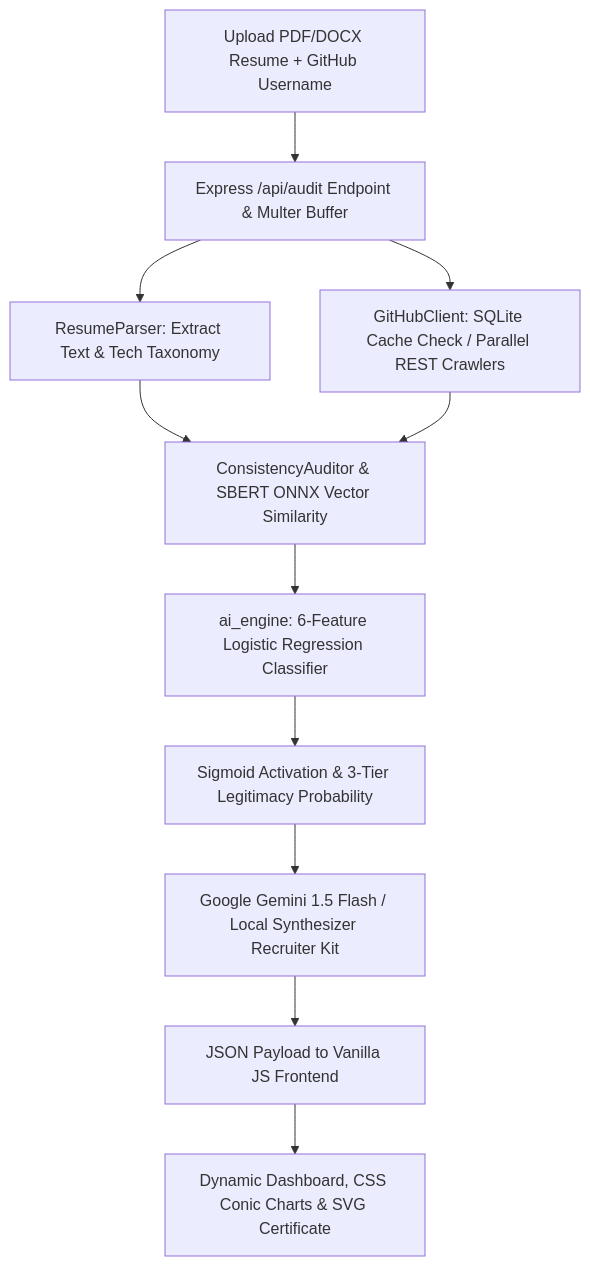
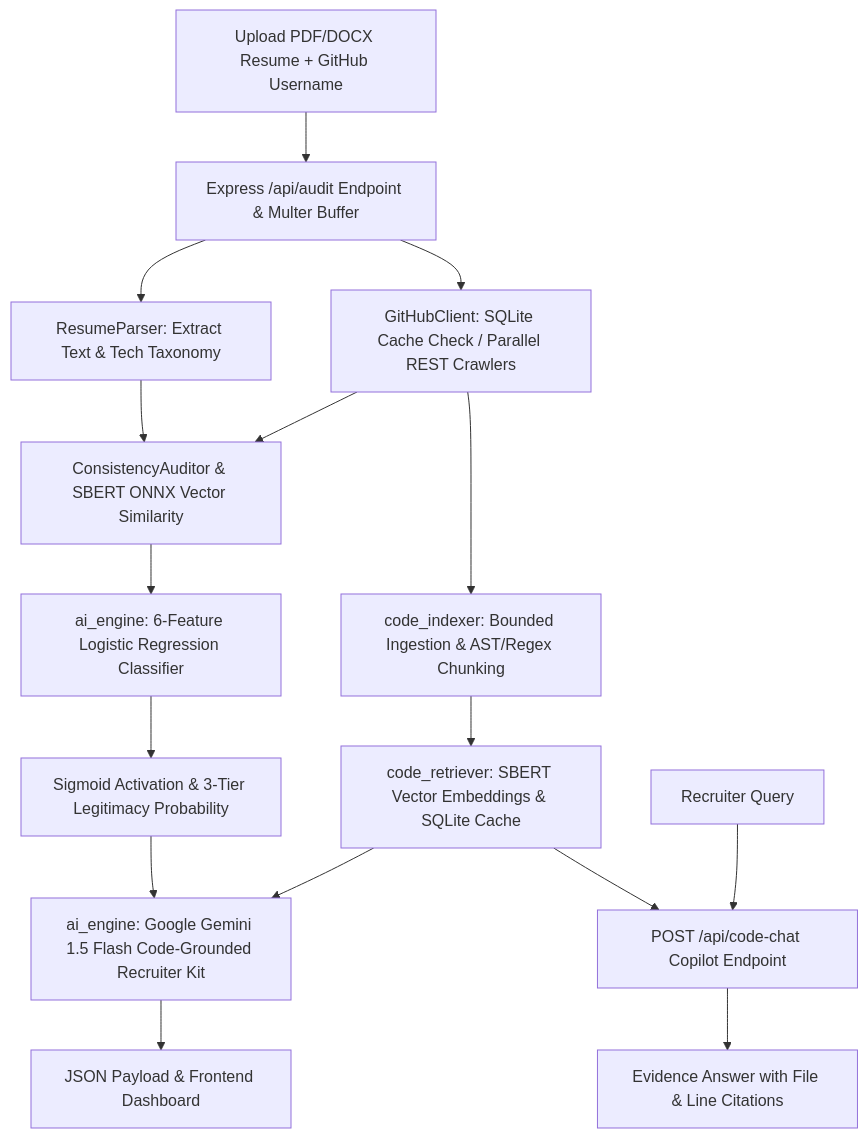
One commit to preetikaanjana/GitVeritas changed the diagram in README.md. Above: the diagram before and after it, drawn with Mermaid. The commit also changed other lines of this file and 12 other files, not shown here.

Commit message:
feat: implement Code RAG pipeline, AST chunking, and Recruiter Codebase Copilot

````diff
--- a/README.md
+++ b/README.md
@@ -38,16 +40,23 @@
 ```mermaid
 graph TD
     A[Upload PDF/DOCX Resume + GitHub Username] --> B[Express /api/audit Endpoint & Multer Buffer]
     B --> C[ResumeParser: Extract Text & Tech Taxonomy]
     B --> D[GitHubClient: SQLite Cache Check / Parallel REST Crawlers]
     
     C --> E[ConsistencyAuditor & SBERT ONNX Vector Similarity]
     D --> E
     
     E --> F[ai_engine: 6-Feature Logistic Regression Classifier]
     F --> G[Sigmoid Activation & 3-Tier Legitimacy Probability]
     
-    G --> H[Google Gemini 1.5 Flash / Local Synthesizer Recruiter Kit]
-    H --> I[JSON Payload to Vanilla JS Frontend]
-    I --> J[Dynamic Dashboard, CSS Conic Charts & SVG Certificate]
+    D --> H[code_indexer: Bounded Ingestion & AST/Regex Chunking]
+    H --> I[code_retriever: SBERT Vector Embeddings & SQLite Cache]
+    
+    G --> J[ai_engine: Google Gemini 1.5 Flash Code-Grounded Recruiter Kit]
+    I --> J
+    J --> K[JSON Payload & Frontend Dashboard]
+    
+    L[Recruiter Query] --> M[POST /api/code-chat Copilot Endpoint]
+    I --> M
+    M --> N[Evidence Answer with File & Line Citations]
 ```
````
